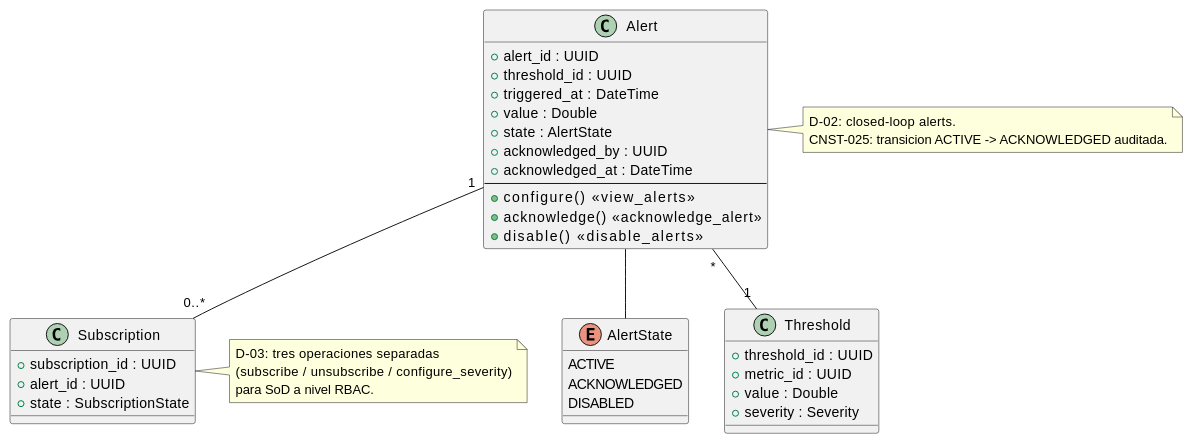
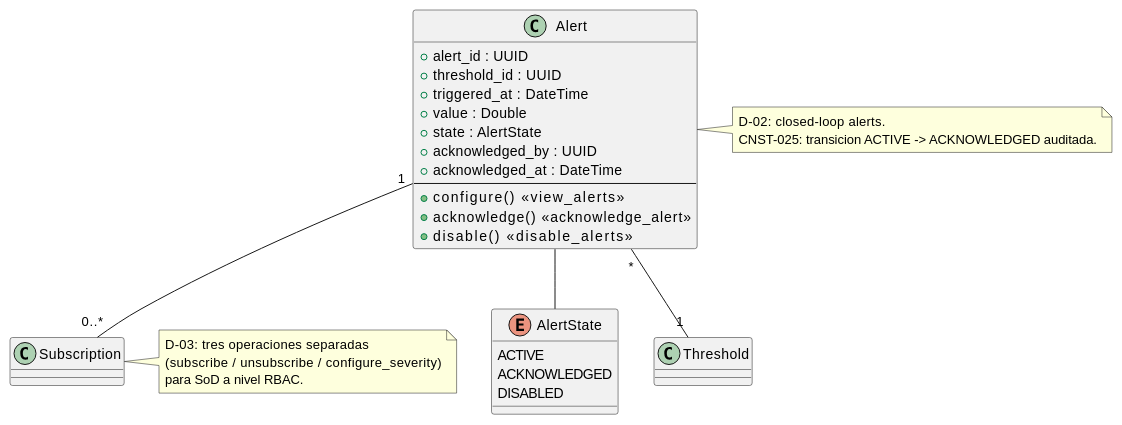
Before and after one commit to jcg-admin/IACT-docs: the diagram in source/arquitectura-tecnica/domain-model/alert.rst, drawn with PlantUML. The commit also changed other lines of this file and 6 other files, not shown here.

```diff
--- a/source/arquitectura-tecnica/domain-model/alert.rst
+++ b/source/arquitectura-tecnica/domain-model/alert.rst
@@ -24,54 +24,43 @@
 .. uml::
  :caption: Clase Alert — alerta con ciclo de vida closed-loop.
 
  @startuml
 
  class Alert {
    + alert_id : UUID
    + threshold_id : UUID
    + triggered_at : DateTime
    + value : Double
    + state : AlertState
    + acknowledged_by : UUID
    + acknowledged_at : DateTime
    --
    + configure()         <<view_alerts>>
    + acknowledge()       <<acknowledge_alert>>
    + disable()           <<disable_alerts>>
  }
 
  enum AlertState {
    ACTIVE
    ACKNOWLEDGED
    DISABLED
  }
 
- class Threshold {
-   + threshold_id : UUID
-   + metric_id : UUID
-   + value : Double
-   + severity : Severity
- }
 
- class Subscription {
-   + subscription_id : UUID
-   + alert_id : UUID
-   + state : SubscriptionState
- }
 
  Alert -- AlertState
  Alert "*" -- "1" Threshold
  Alert "1" -- "0..*" Subscription
 
  note right of Alert
    D-02: closed-loop alerts.
    CNST-025: transicion ACTIVE -> ACKNOWLEDGED auditada.
  end note
 
  note right of Subscription
    D-03: tres operaciones separadas
    (subscribe / unsubscribe / configure_severity)
    para SoD a nivel RBAC.
  end note
 
  @enduml
```
